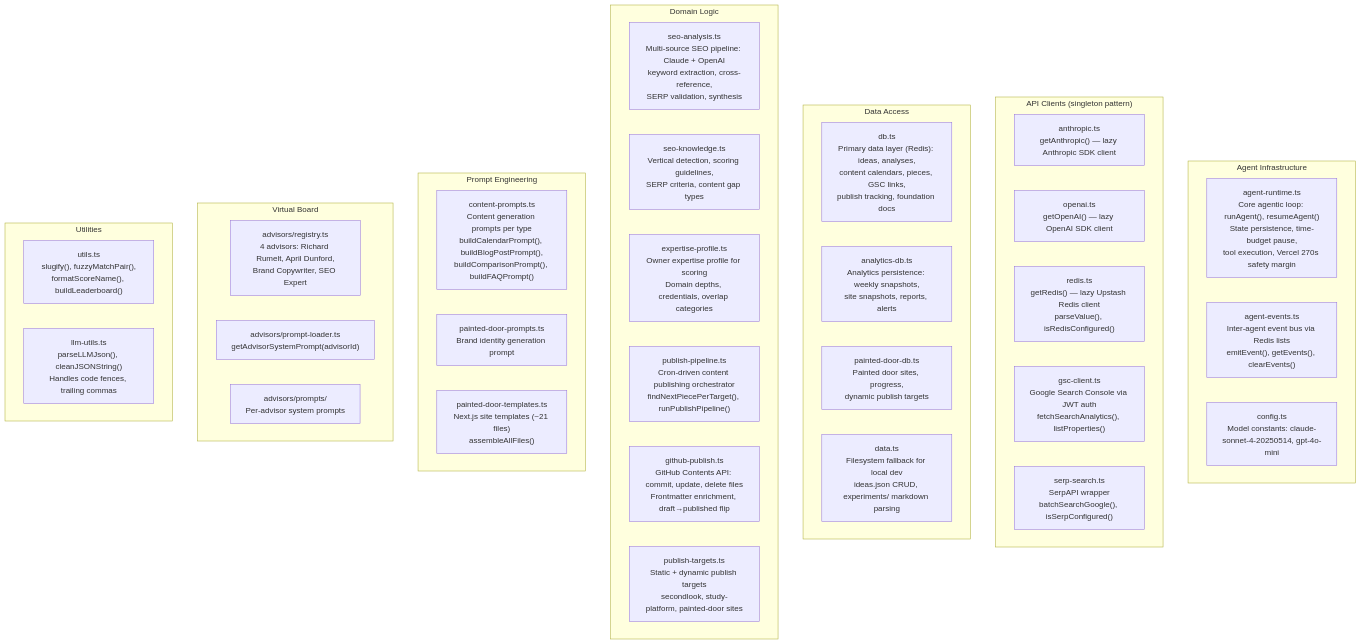
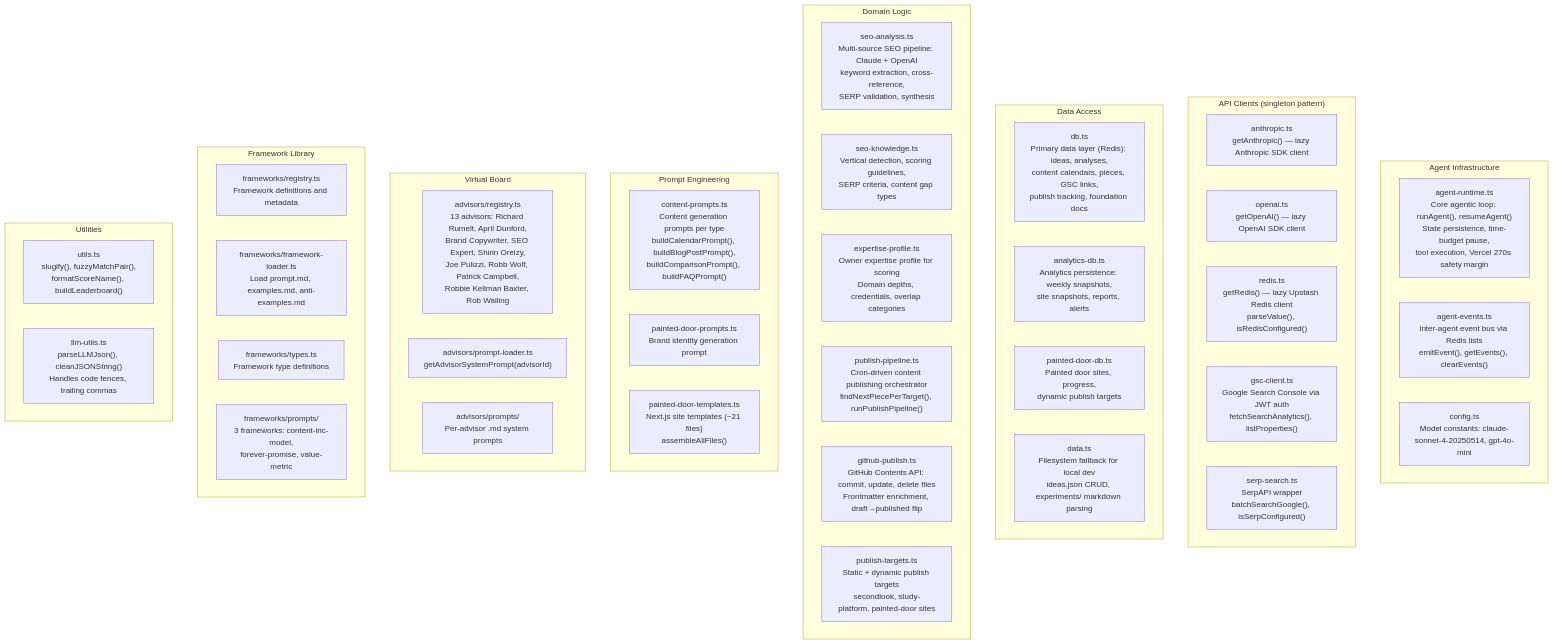
One commit to cwhogg/epch-projects changed the third of 11 diagrams in docs/architecture.md. Above: the diagram before and after it, drawn with Mermaid. The commit also changed other lines of this file and 2 other files, not shown here.

Commit message:
docs: update stale Agent Tools, architecture, and design-principles docs

````diff
--- a/docs/architecture.md
+++ b/docs/architecture.md
@@ -200,49 +201,56 @@
 ```mermaid
 graph TB
     subgraph Runtime["Agent Infrastructure"]
         agent_runtime["agent-runtime.ts<br/>Core agentic loop: runAgent(), resumeAgent()<br/>State persistence, time-budget pause,<br/>tool execution, Vercel 270s safety margin"]
         agent_events["agent-events.ts<br/>Inter-agent event bus via Redis lists<br/>emitEvent(), getEvents(), clearEvents()"]
         config["config.ts<br/>Model constants: claude-sonnet-4-20250514, gpt-4o-mini"]
     end
 
     subgraph Clients["API Clients (singleton pattern)"]
         anthropic["anthropic.ts<br/>getAnthropic() — lazy Anthropic SDK client"]
         openai["openai.ts<br/>getOpenAI() — lazy OpenAI SDK client"]
         redis_mod["redis.ts<br/>getRedis() — lazy Upstash Redis client<br/>parseValue(), isRedisConfigured()"]
         gsc_client["gsc-client.ts<br/>Google Search Console via JWT auth<br/>fetchSearchAnalytics(), listProperties()"]
         serp_search["serp-search.ts<br/>SerpAPI wrapper<br/>batchSearchGoogle(), isSerpConfigured()"]
     end
 
     subgraph Persistence["Data Access"]
         db["db.ts<br/>Primary data layer (Redis): ideas, analyses,<br/>content calendars, pieces, GSC links,<br/>publish tracking, foundation docs"]
         analytics_db["analytics-db.ts<br/>Analytics persistence: weekly snapshots,<br/>site snapshots, reports, alerts"]
         painted_door_db["painted-door-db.ts<br/>Painted door sites, progress,<br/>dynamic publish targets"]
         data["data.ts<br/>Filesystem fallback for local dev<br/>ideas.json CRUD, experiments/ markdown parsing"]
     end
 
     subgraph DomainLogic["Domain Logic"]
         seo_analysis["seo-analysis.ts<br/>Multi-source SEO pipeline: Claude + OpenAI<br/>keyword extraction, cross-reference,<br/>SERP validation, synthesis"]
         seo_knowledge["seo-knowledge.ts<br/>Vertical detection, scoring guidelines,<br/>SERP criteria, content gap types"]
         expertise_profile["expertise-profile.ts<br/>Owner expertise profile for scoring<br/>Domain depths, credentials, overlap categories"]
         publish_pipeline["publish-pipeline.ts<br/>Cron-driven content publishing orchestrator<br/>findNextPiecePerTarget(), runPublishPipeline()"]
         github_publish["github-publish.ts<br/>GitHub Contents API: commit, update, delete files<br/>Frontmatter enrichment, draft→published flip"]
         publish_targets["publish-targets.ts<br/>Static + dynamic publish targets<br/>secondlook, study-platform, painted-door sites"]
     end
 
     subgraph Prompts["Prompt Engineering"]
         content_prompts["content-prompts.ts<br/>Content generation prompts per type<br/>buildCalendarPrompt(), buildBlogPostPrompt(),<br/>buildComparisonPrompt(), buildFAQPrompt()"]
         painted_door_prompts["painted-door-prompts.ts<br/>Brand identity generation prompt"]
         painted_door_templates["painted-door-templates.ts<br/>Next.js site templates (~21 files)<br/>assembleAllFiles()"]
     end
 
     subgraph Advisors["Virtual Board"]
-        advisors_registry["advisors/registry.ts<br/>4 advisors: Richard Rumelt, April Dunford,<br/>Brand Copywriter, SEO Expert"]
+        advisors_registry["advisors/registry.ts<br/>13 advisors: Richard Rumelt, April Dunford,<br/>Brand Copywriter, SEO Expert, Shirin Oreizy,<br/>Joe Pulizzi, Robb Wolf, Patrick Campbell,<br/>Robbie Kellman Baxter, Rob Walling"]
         advisors_loader["advisors/prompt-loader.ts<br/>getAdvisorSystemPrompt(advisorId)"]
-        advisors_prompts["advisors/prompts/<br/>Per-advisor system prompts"]
+        advisors_prompts["advisors/prompts/<br/>Per-advisor .md system prompts"]
+    end
+
+    subgraph Frameworks["Framework Library"]
+        frameworks_registry["frameworks/registry.ts<br/>Framework definitions and metadata"]
+        frameworks_loader["frameworks/framework-loader.ts<br/>Load prompt.md, examples.md, anti-examples.md"]
+        frameworks_types["frameworks/types.ts<br/>Framework type definitions"]
+        frameworks_prompts["frameworks/prompts/<br/>3 frameworks: content-inc-model,<br/>forever-promise, value-metric"]
     end
 
     subgraph Utilities["Utilities"]
         utils["utils.ts<br/>slugify(), fuzzyMatchPair(),<br/>formatScoreName(), buildLeaderboard()"]
         llm_utils["llm-utils.ts<br/>parseLLMJson(), cleanJSONString()<br/>Handles code fences, trailing commas"]
     end
 ```
````
